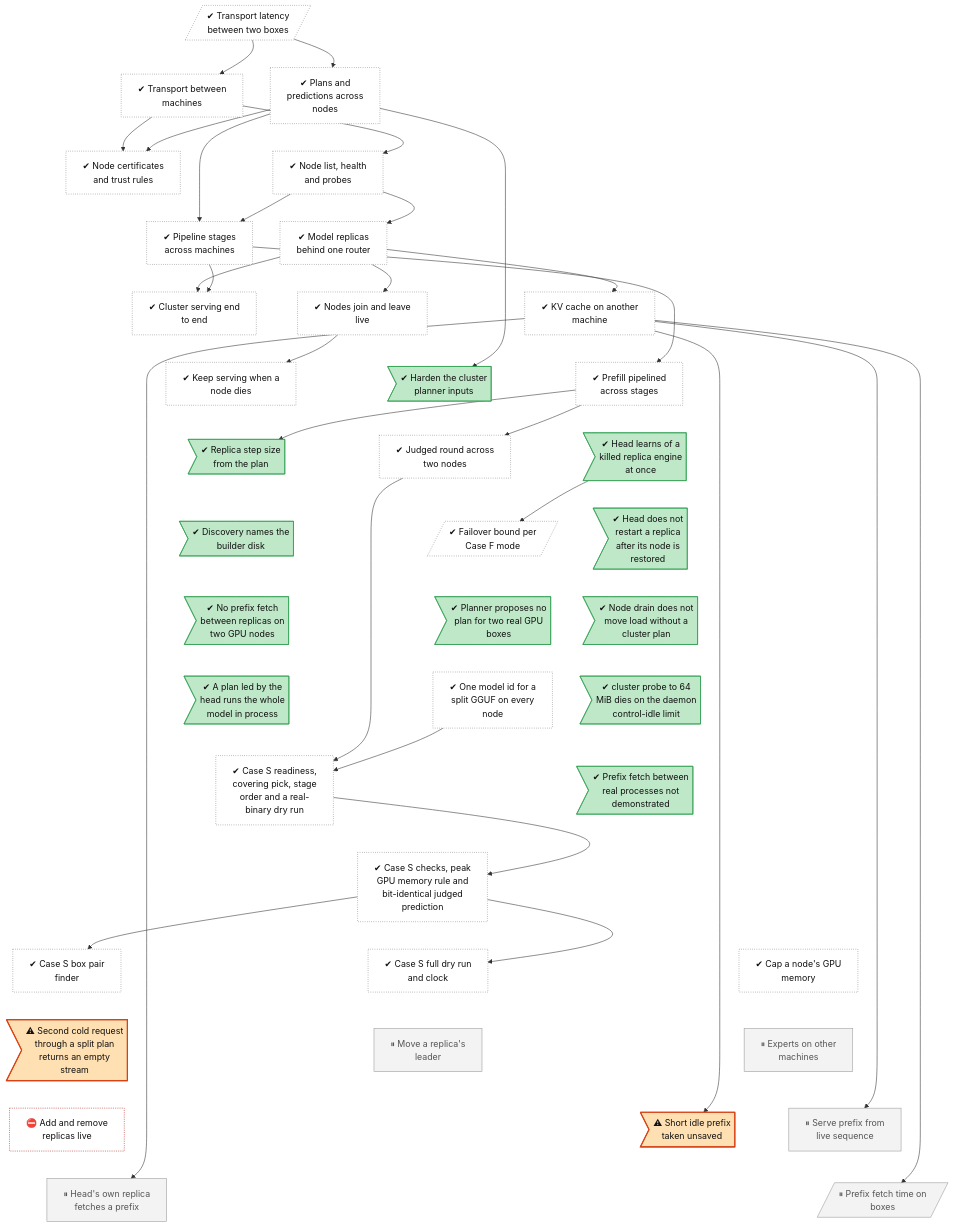
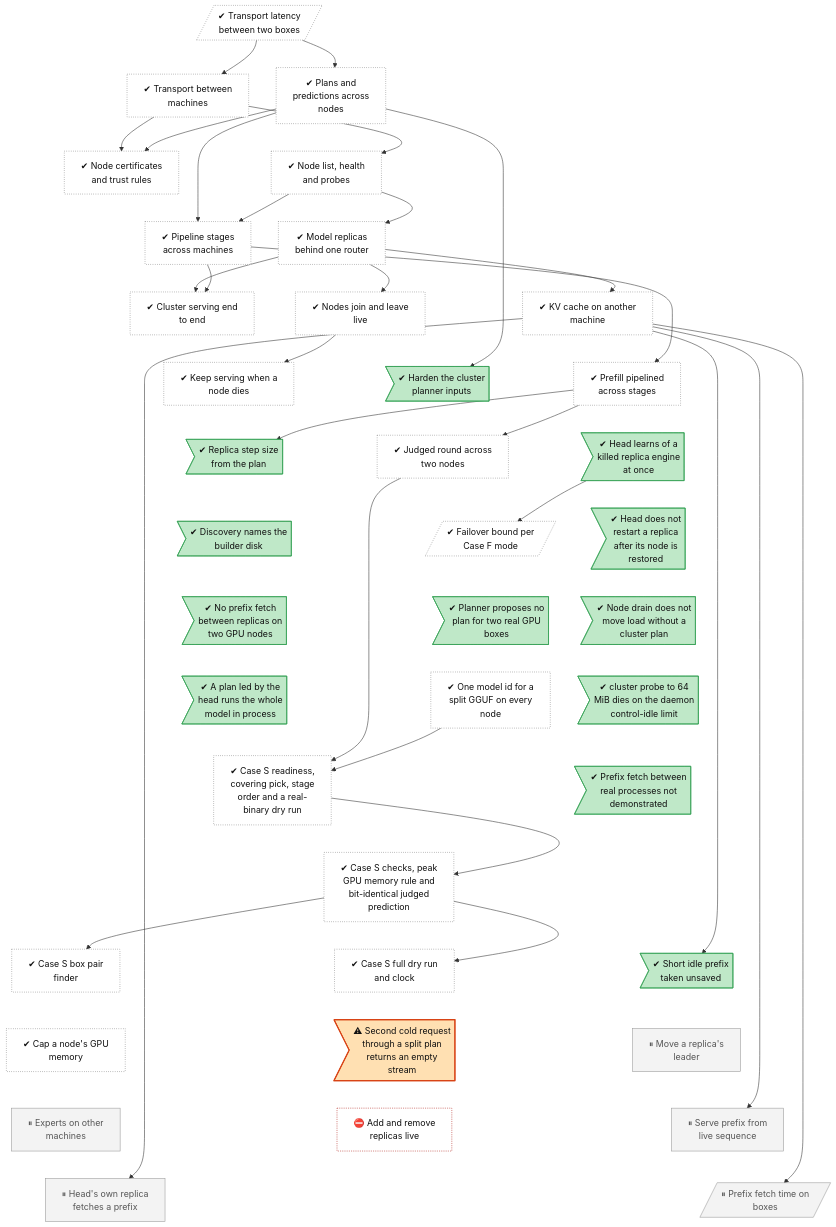
The diagram in docs/roadmap/tracks/cluster.md (lhns/tetraeder), drawn with Mermaid before and after one commit. The commit also changed other lines of this file and 3 other files, not shown here.

Commit message:
Tree: short idle prefix fix done (CI run 45870745791) (not measured)

````diff
--- a/docs/roadmap/tracks/cluster.md
+++ b/docs/roadmap/tracks/cluster.md
@@ -39,12 +39,12 @@
     cluster_case_s_checks["✔ Case S checks, peak<br/>GPU memory rule and<br/>bit-identical judged<br/>prediction"]
     cluster_case_s_pair_finder["✔ Case S box pair<br/>finder"]
     cluster_case_s_flow["✔ Case S full dry run<br/>and clock"]
+    cluster_short_prefix_dropped>"✔ Short idle prefix<br/>taken unsaved"]
     cluster_profile_gpu_cap["✔ Cap a node's GPU<br/>memory"]
     cluster_second_cold_request_empty>"⚠ Second cold request<br/>through a split plan<br/>returns an empty<br/>stream"]
     cluster_leader_move["⏸ Move a replica's<br/>leader"]
     cluster_experts_nodes["⏸ Experts on other<br/>machines"]
     cluster_replica_scaling["⛔ Add and remove<br/>replicas live"]
-    cluster_short_prefix_dropped>"⚠ Short idle prefix<br/>taken unsaved"]
     cluster_serve_live_prefix["⏸ Serve prefix from<br/>live sequence"]
     cluster_head_replica_fetch["⏸ Head's own replica<br/>fetches a prefix"]
     cluster_prefix_fetch_box[/"⏸ Prefix fetch time on<br/>boxes"/]
@@ -79,15 +79,15 @@
     cluster_prefix_fetch_not_observed ~~~ cluster_case_s_checks
     cluster_case_s_checks ~~~ cluster_case_s_pair_finder
     cluster_case_s_checks ~~~ cluster_case_s_flow
-    cluster_case_s_checks ~~~ cluster_profile_gpu_cap
-    cluster_case_s_pair_finder ~~~ cluster_second_cold_request_empty
-    cluster_case_s_flow ~~~ cluster_leader_move
+    cluster_case_s_checks ~~~ cluster_short_prefix_dropped
+    cluster_case_s_pair_finder ~~~ cluster_profile_gpu_cap
+    cluster_case_s_flow ~~~ cluster_second_cold_request_empty
+    cluster_short_prefix_dropped ~~~ cluster_leader_move
     cluster_profile_gpu_cap ~~~ cluster_experts_nodes
     cluster_second_cold_request_empty ~~~ cluster_replica_scaling
-    cluster_leader_move ~~~ cluster_short_prefix_dropped
-    cluster_experts_nodes ~~~ cluster_serve_live_prefix
-    cluster_replica_scaling ~~~ cluster_head_replica_fetch
-    cluster_short_prefix_dropped ~~~ cluster_prefix_fetch_box
+    cluster_leader_move ~~~ cluster_serve_live_prefix
+    cluster_experts_nodes ~~~ cluster_head_replica_fetch
+    cluster_replica_scaling ~~~ cluster_prefix_fetch_box
     cluster_serve_live_prefix ~~~ cluster_prefix_fetch_box
     cluster_transport_wan --> cluster_transport
     cluster_transport_wan --> cluster_planner
@@ -131,8 +131,8 @@
     classDef finding fill:#ffe0b2,stroke:#d84315,stroke-width:2px,color:#111
     classDef waiting fill:#e3f2fd,stroke:#1f6fc5,stroke-dasharray:5 5,color:#111
     class cluster_transport_wan,cluster_transport,cluster_planner,cluster_mtls,cluster_discovery,cluster_pipeline_nodes,cluster_replicas,cluster_integration,cluster_join_leave,cluster_remote_kv,cluster_failover,cluster_pipeline_prefill,cluster_judged_round_cmd,cluster_failover_bound,cluster_sharded_model_id,cluster_case_s_ready,cluster_case_s_checks,cluster_case_s_pair_finder,cluster_case_s_flow,cluster_profile_gpu_cap unrated
-    class cluster_planner_hardening,cluster_step_tokens_from_plan,cluster_mode1_detection,cluster_discovery_disk_names,cluster_rejoin_after_restore,cluster_prefix_fetch_not_triggered,cluster_plan_source_gpu_segments,cluster_drain_without_plan,cluster_head_led_plan_ignores_segments,cluster_probe_control_idle,cluster_prefix_fetch_not_observed succ
-    class cluster_second_cold_request_empty,cluster_short_prefix_dropped finding
+    class cluster_planner_hardening,cluster_step_tokens_from_plan,cluster_mode1_detection,cluster_discovery_disk_names,cluster_rejoin_after_restore,cluster_prefix_fetch_not_triggered,cluster_plan_source_gpu_segments,cluster_drain_without_plan,cluster_head_led_plan_ignores_segments,cluster_probe_control_idle,cluster_prefix_fetch_not_observed,cluster_short_prefix_dropped succ
+    class cluster_second_cold_request_empty finding
     class cluster_leader_move,cluster_experts_nodes,cluster_serve_live_prefix,cluster_head_replica_fetch,cluster_prefix_fetch_box parked
     class cluster_replica_scaling blocked
 ```
````
